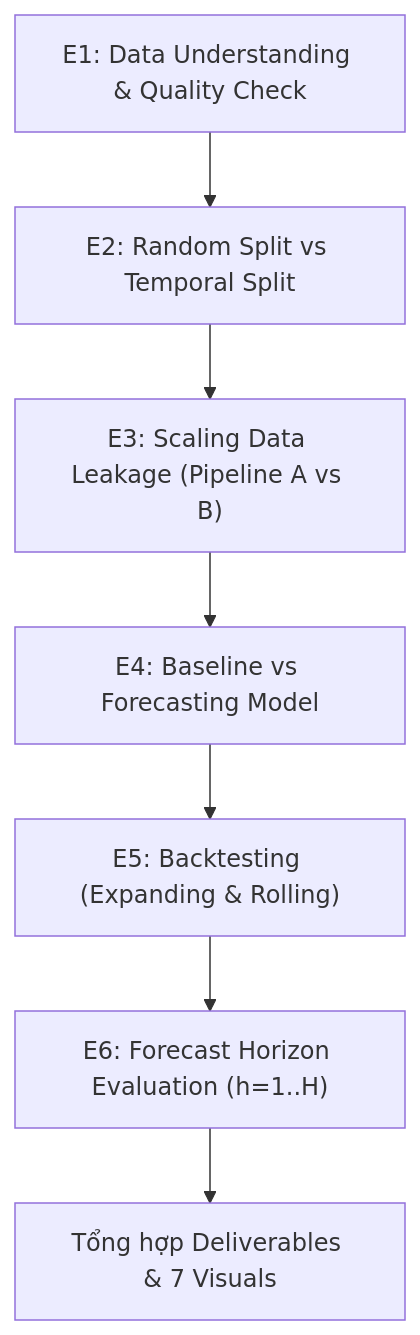
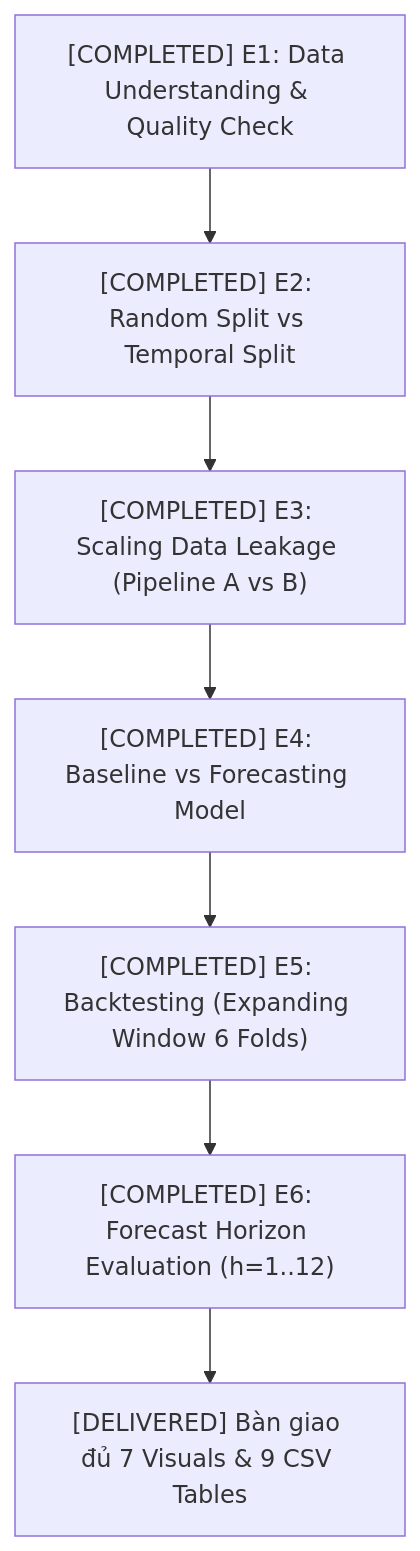
The diagram in Presentation-24.10.2026/docs/plans/master_experiment_plan.md (Tuvienn/TOTAL_LAB_PRACTICE_FOR_TIME_SERIES), drawn with Mermaid before and after one commit. The commit also changed other lines of this file and 9 other files, not shown here.

````diff
--- a/Presentation-24.10.2026/docs/plans/master_experiment_plan.md
+++ b/Presentation-24.10.2026/docs/plans/master_experiment_plan.md
@@ -12,17 +18,17 @@
 ```mermaid
 flowchart TD
-    E1["E1: Data Understanding & Quality Check"]
-    E2["E2: Random Split vs Temporal Split"]
-    E3["E3: Scaling Data Leakage (Pipeline A vs B)"]
-    E4["E4: Baseline vs Forecasting Model"]
-    E5["E5: Backtesting (Expanding & Rolling)"]
-    E6["E6: Forecast Horizon Evaluation (h=1..H)"]
-    DELIV["Tổng hợp Deliverables & 7 Visuals"]
+    E1["[COMPLETED] E1: Data Understanding & Quality Check"]
+    E2["[COMPLETED] E2: Random Split vs Temporal Split"]
+    E3["[COMPLETED] E3: Scaling Data Leakage (Pipeline A vs B)"]
+    E4["[COMPLETED] E4: Baseline vs Forecasting Model"]
+    E5["[COMPLETED] E5: Backtesting (Expanding Window 6 Folds)"]
+    E6["[COMPLETED] E6: Forecast Horizon Evaluation (h=1..12)"]
+    DELIV["[DELIVERED] Bàn giao đủ 7 Visuals & 9 CSV Tables"]
 
     E1 --> E2
     E2 --> E3
     E3 --> E4
     E4 --> E5
     E5 --> E6
     E6 --> DELIV
 ```
````
